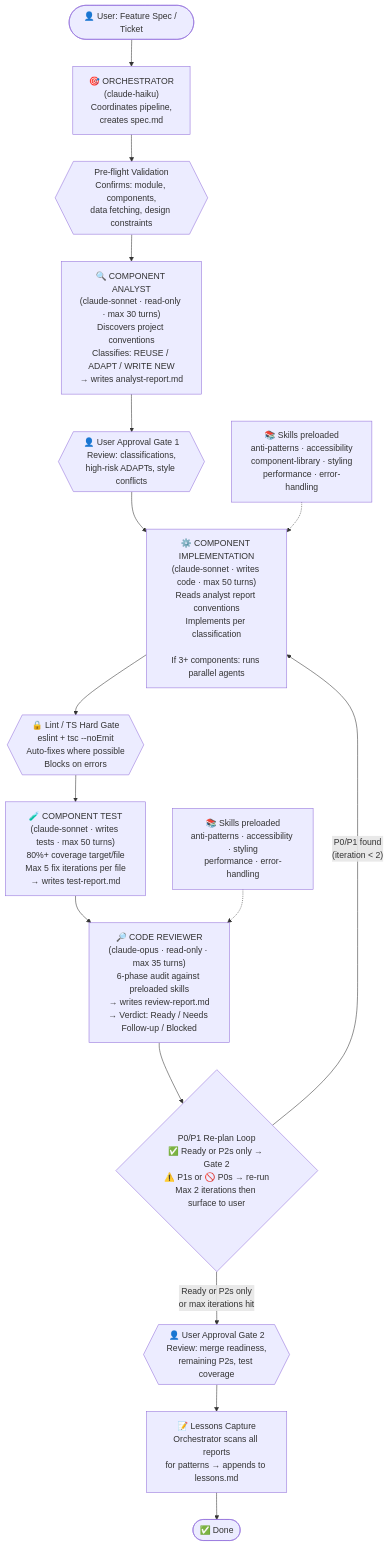
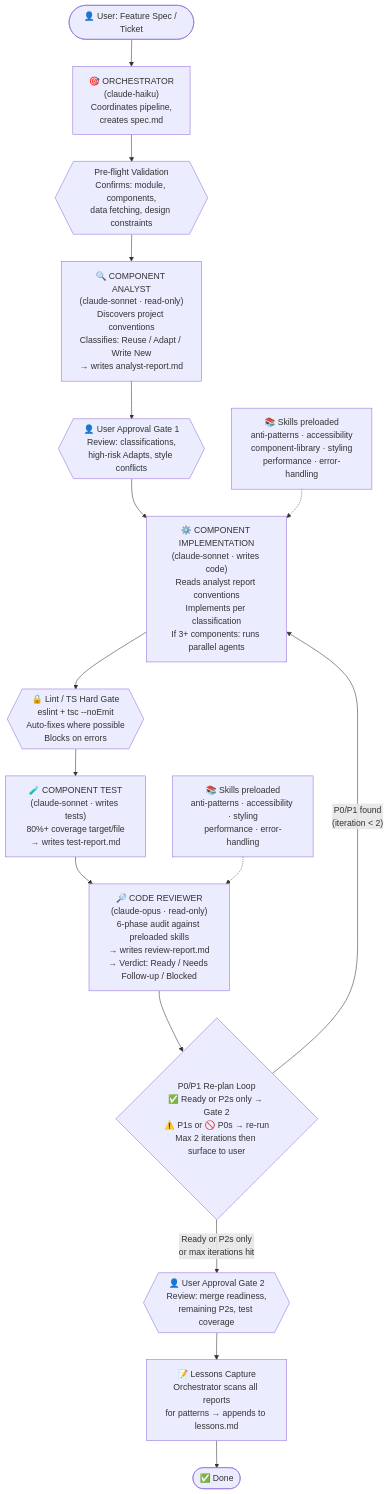
The diagram in README.md (cgfeletar/Agents), drawn with Mermaid before and after one commit. The commit also changed other lines of this file and 5 other files, not shown here.

Commit message:
Update maxTurns for multiple agents and refine README content for clarity and consistency.

````diff
--- a/README.md
+++ b/README.md
@@ -14,47 +13,47 @@
 ```mermaid
 flowchart TD
     USER([👤 User: Feature Spec / Ticket])
     USER --> ORC
 
     ORC["🎯 ORCHESTRATOR<br/>(claude-haiku)<br/>Coordinates pipeline,<br/>creates spec.md"]
     ORC --> PRE
 
     PRE{{"Pre-flight Validation<br/>Confirms: module, components,<br/>data fetching, design constraints"}}
     PRE --> ANA
 
-    ANA["🔍 COMPONENT ANALYST<br/>(claude-sonnet · read-only · max 30 turns)<br/>Discovers project conventions<br/>Classifies: REUSE / ADAPT / WRITE NEW<br/>→ writes analyst-report.md"]
+    ANA["🔍 COMPONENT ANALYST<br/>(claude-sonnet · read-only)<br/>Discovers project conventions<br/>Classifies: Reuse / Adapt / Write New<br/>→ writes analyst-report.md"]
     ANA --> GATE1
 
-    GATE1{{"👤 User Approval Gate 1<br/>Review: classifications,<br/>high-risk ADAPTs, style conflicts"}}
+    GATE1{{"👤 User Approval Gate 1<br/>Review: classifications,<br/>high-risk Adapts, style conflicts"}}
     GATE1 --> IMP
 
     SK_IMP["📚 Skills preloaded<br/>anti-patterns · accessibility<br/>component-library · styling<br/>performance · error-handling"]
     SK_IMP -.-> IMP
 
-    IMP["⚙️ COMPONENT IMPLEMENTATION<br/>(claude-sonnet · writes code · max 50 turns)<br/>Reads analyst report conventions<br/>Implements per classification<br/><br/>If 3+ components: runs parallel agents"]
+    IMP["⚙️ COMPONENT IMPLEMENTATION<br/>(claude-sonnet · writes code)<br/>Reads analyst report conventions<br/>Implements per classification<br/>If 3+ components: runs parallel agents"]
     IMP --> LINT
 
     LINT{{"🔒 Lint / TS Hard Gate<br/>eslint + tsc --noEmit<br/>Auto-fixes where possible<br/>Blocks on errors"}}
     LINT --> TEST
 
-    TEST["🧪 COMPONENT TEST<br/>(claude-sonnet · writes tests · max 50 turns)<br/>80%+ coverage target/file<br/>Max 5 fix iterations per file<br/>→ writes test-report.md"]
+    TEST["🧪 COMPONENT TEST<br/>(claude-sonnet · writes tests)<br/>80%+ coverage target/file<br/>→ writes test-report.md"]
     TEST --> REV
 
     SK_REV["📚 Skills preloaded<br/>anti-patterns · accessibility · styling<br/>performance · error-handling"]
     SK_REV -.-> REV
 
-    REV["🔎 CODE REVIEWER<br/>(claude-opus · read-only · max 35 turns)<br/>6-phase audit against preloaded skills<br/>→ writes review-report.md<br/>→ Verdict: Ready / Needs Follow-up / Blocked"]
+    REV["🔎 CODE REVIEWER<br/>(claude-opus · read-only)<br/>6-phase audit against preloaded skills<br/>→ writes review-report.md<br/>→ Verdict: Ready / Needs Follow-up / Blocked"]
     REV --> LOOP
 
     LOOP{"P0/P1 Re-plan Loop<br/>✅ Ready or P2s only → Gate 2<br/>⚠️ P1s or 🚫 P0s → re-run<br/>Max 2 iterations then surface to user"}
     LOOP -->|"P0/P1 found<br/>(iteration < 2)"| IMP
     LOOP -->|"Ready or P2s only<br/>or max iterations hit"| GATE2
 
     GATE2{{"👤 User Approval Gate 2<br/>Review: merge readiness,<br/>remaining P2s, test coverage"}}
     GATE2 --> LESSONS
 
     LESSONS["📝 Lessons Capture<br/>Orchestrator scans all reports<br/>for patterns → appends to lessons.md"]
     LESSONS --> DONE
 
     DONE([✅ Done])
 ```
````
